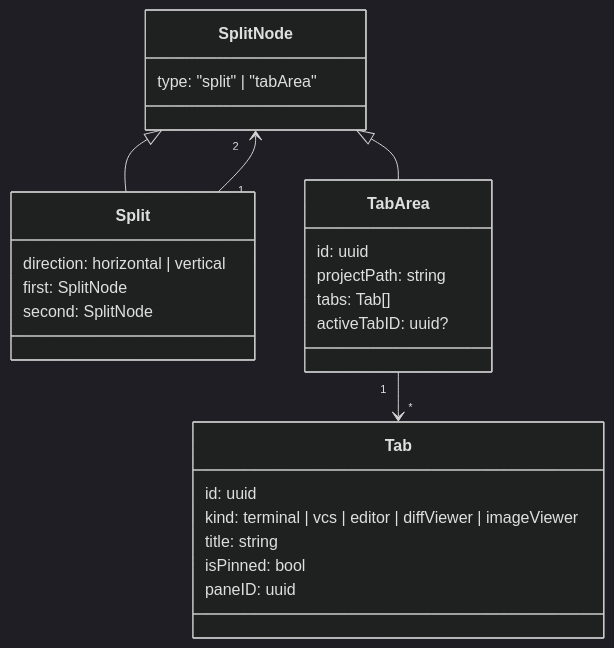
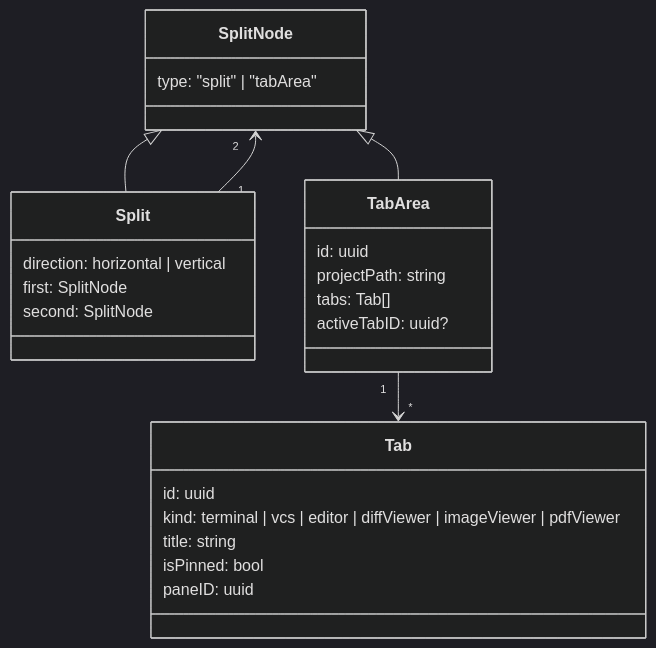
The diagram in docs/features/remote-server/data-objects.md (imehsanullah/muxy), drawn with Mermaid (dark theme) before and after one commit. The commit also changed 27 other files, not shown here.

Commit message:
Add native PDF viewer tabs

````diff
--- a/docs/features/remote-server/data-objects.md
+++ b/docs/features/remote-server/data-objects.md
@@ -43,28 +43,28 @@
 ```mermaid
 classDiagram
   class SplitNode {
     type: "split" | "tabArea"
   }
   class Split {
     direction: horizontal | vertical
     first: SplitNode
     second: SplitNode
   }
   class TabArea {
     id: uuid
     projectPath: string
     tabs: Tab[]
     activeTabID: uuid?
   }
   class Tab {
     id: uuid
-    kind: terminal | vcs | editor | diffViewer | imageViewer
+    kind: terminal | vcs | editor | diffViewer | imageViewer | pdfViewer
     title: string
     isPinned: bool
     paneID: uuid
   }
   SplitNode <|-- Split
   SplitNode <|-- TabArea
   TabArea "1" --> "*" Tab
   Split "1" --> "2" SplitNode
 ```
````
